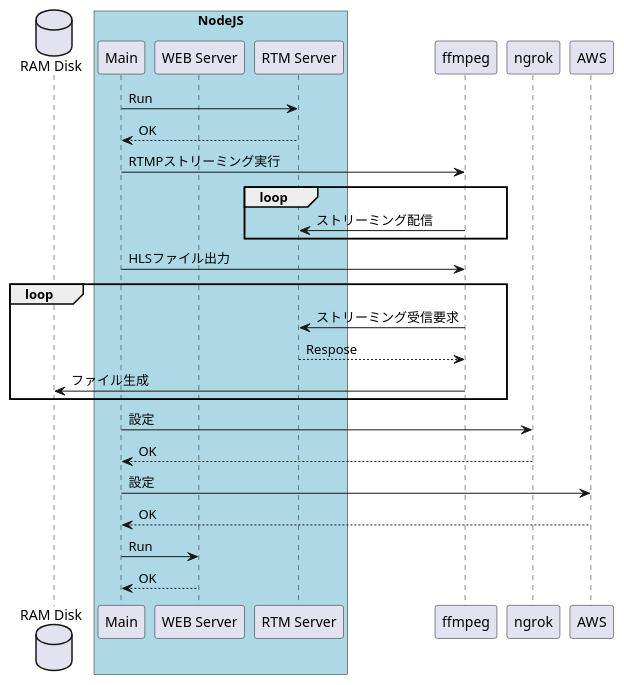
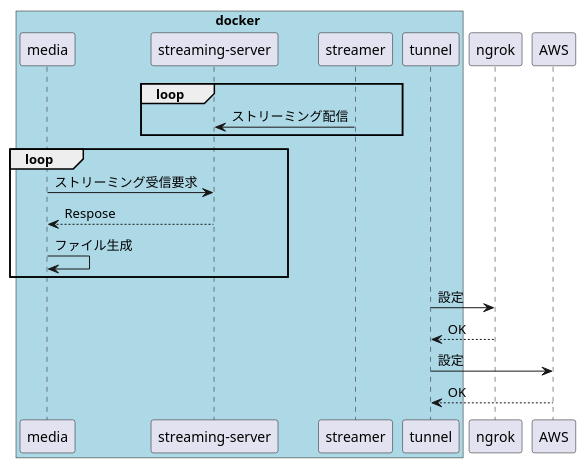
Before and after one commit to ilim0t/bushitsuchan-PC: the diagram in docs/sequence/startup.pu, drawn with PlantUML. The commit also changed 7 other files, not shown here.

```diff
--- a/docs/sequence/startup.pu
+++ b/docs/sequence/startup.pu
@@ -1,37 +1,24 @@
 @startuml Startup
-database "RAM Disk"
-
-box "NodeJS" #LightBlue
-participant Main
-participant "WEB Server"
-participant "RTM Server"
+box docker #LightBlue
+participant media
+participant "streaming-server"
+participant streamer
+participant tunnel
 end box
 
-participant ffmpeg
-participant ngrok
-participant AWS
-
-Main -> "RTM Server" : Run
-"RTM Server" --> Main : OK
-
-Main -> ffmpeg : RTMPストリーミング実行
 loop
-	ffmpeg -> "RTM Server": ストリーミング配信
+	streamer -> "streaming-server": ストリーミング配信
 end
 
-Main -> ffmpeg : HLSファイル出力
 loop
-	ffmpeg -> "RTM Server" : ストリーミング受信要求
-	"RTM Server" --> ffmpeg : Respose
-	ffmpeg -> "RAM Disk" : ファイル生成
+	media -> "streaming-server" : ストリーミング受信要求
+	"streaming-server" --> media : Respose
+	media -> media : ファイル生成
 end
 
-Main -> ngrok : 設定
-ngrok --> Main : OK
+tunnel -> ngrok : 設定
+ngrok --> tunnel : OK
 
-Main -> AWS : 設定
-AWS --> Main : OK
-
-Main -> "WEB Server" : Run
-"WEB Server" --> Main : OK
+tunnel -> AWS : 設定
+AWS --> tunnel : OK
 @enduml
```
